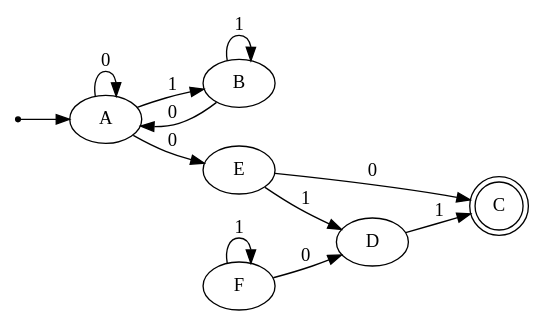
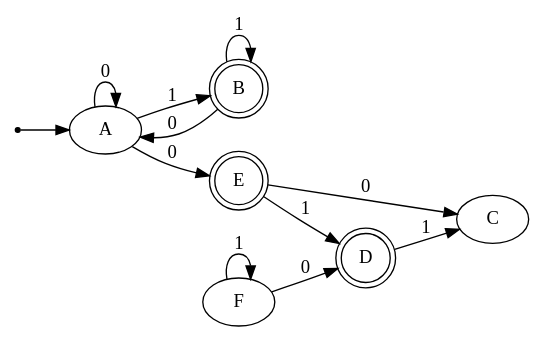
One commit to ShiomeDiaz/Automatas changed the diagram in View/Digraph.gv. Above: the diagram before and after it, drawn with Graphviz. The commit also changed 11 other files, not shown here.

```diff
--- a/View/Digraph.gv
+++ b/View/Digraph.gv
@@ -1,20 +1,21 @@
 digraph {
 	graph [rankdir=LR]
 	ini [shape=point]
 	A
 	ini -> A
-	B
-	C [shape=doublecircle]
-	E
+	B [shape=doublecircle]
+	C
+	D [shape=doublecircle]
+	E [shape=doublecircle]
 	F
 	A -> B [label=1]
 	A -> A [label=0]
 	A -> E [label=0]
 	E -> D [label=1]
 	F -> F [label=1]
 	D -> C [label=1]
 	B -> A [label=0]
 	E -> C [label=0]
 	F -> D [label=0]
 	B -> B [label=1]
 }
```
